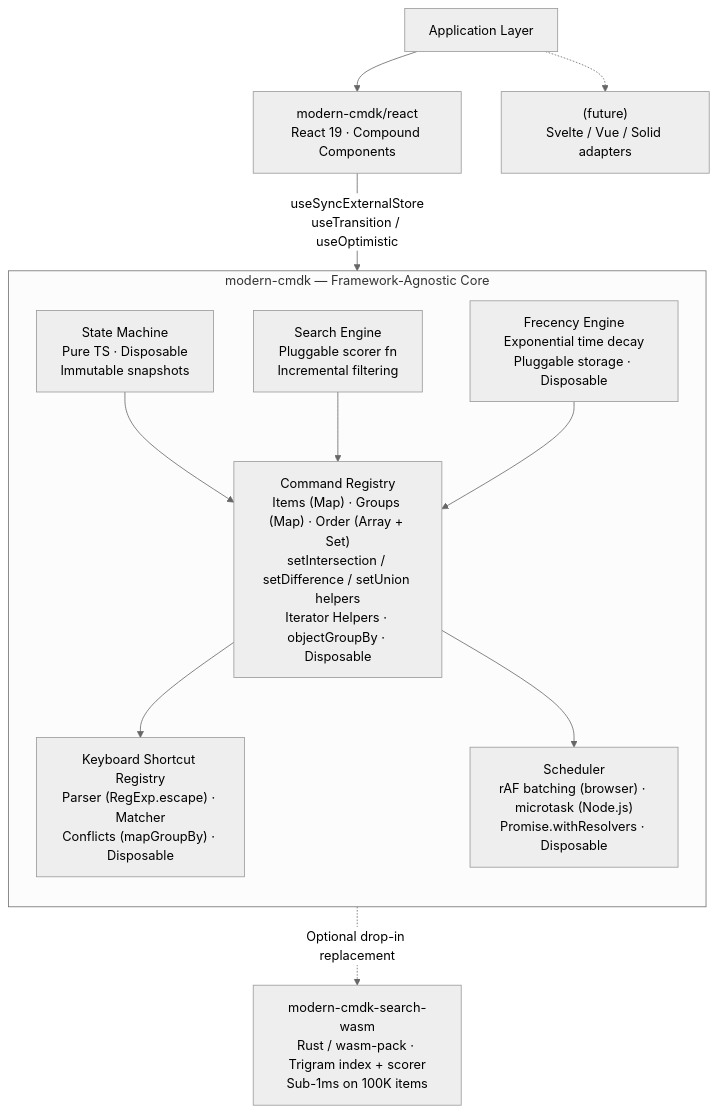
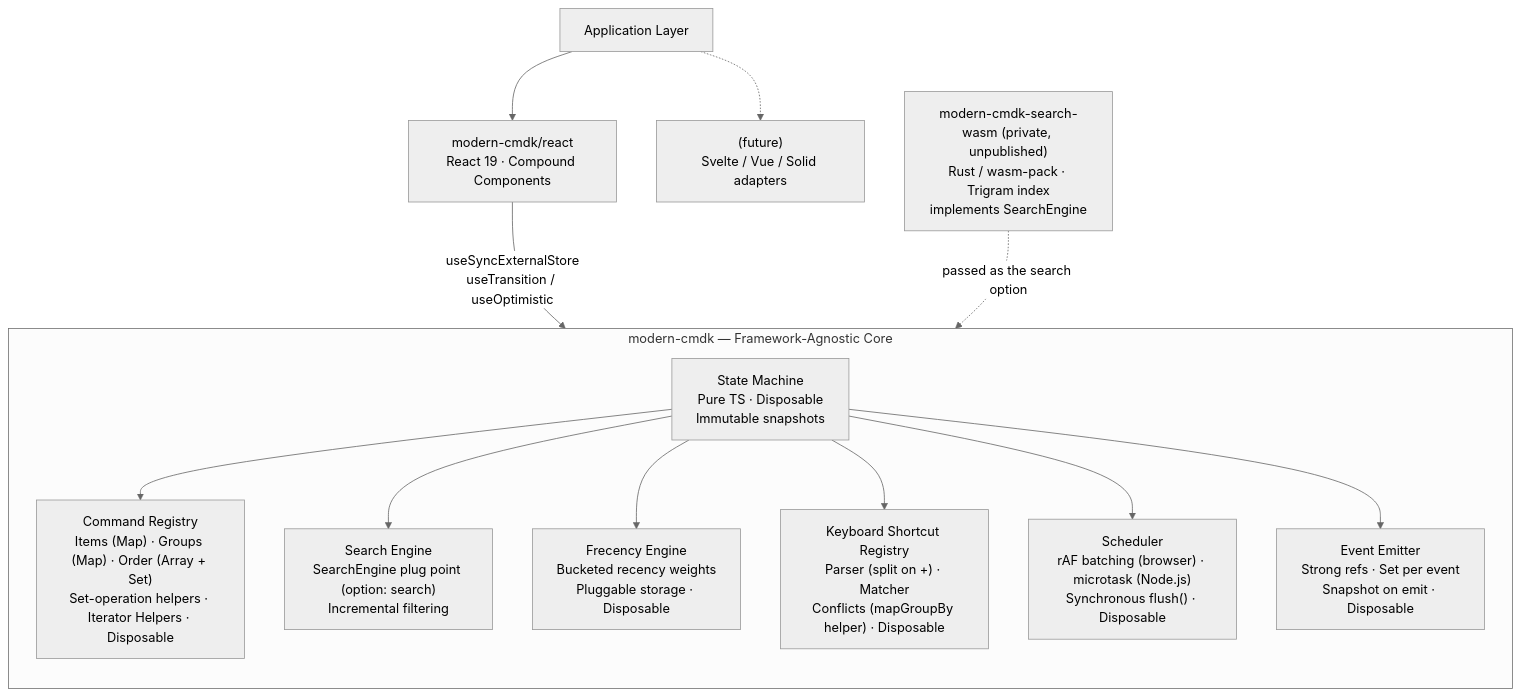
The first of 5 diagrams in ARCHITECTURE.md (ABCrimson/modern-cmdk), drawn with Mermaid (neutral theme) before and after one commit. The commit also changed other lines of this file, not shown here.

First line of the commit message:
docs(architecture): ARCHITECTURE.md describes the code as built

````diff
--- a/ARCHITECTURE.md
+++ b/ARCHITECTURE.md
@@ -43,29 +45,31 @@
 ```mermaid
 flowchart TB
     App["Application Layer"]
 
     React["modern-cmdk/react<br/>React 19 · Compound Components"]
     Future["(future)<br/>Svelte / Vue / Solid adapters"]
 
     subgraph core ["modern-cmdk — Framework-Agnostic Core"]
         direction TB
         SM["State Machine<br/>Pure TS · Disposable<br/>Immutable snapshots"]
-        SE["Search Engine<br/>Pluggable scorer fn<br/>Incremental filtering"]
-        FE["Frecency Engine<br/>Exponential time decay<br/>Pluggable storage · Disposable"]
-        REG["Command Registry<br/>Items (Map) · Groups (Map) · Order (Array + Set)<br/>setIntersection / setDifference / setUnion helpers<br/>Iterator Helpers · objectGroupBy · Disposable"]
-        KB["Keyboard Shortcut Registry<br/>Parser (RegExp.escape) · Matcher<br/>Conflicts (mapGroupBy) · Disposable"]
-        SCH["Scheduler<br/>rAF batching (browser) · microtask (Node.js)<br/>Promise.withResolvers · Disposable"]
+        SE["Search Engine<br/>SearchEngine plug point (option: search)<br/>Incremental filtering"]
+        FE["Frecency Engine<br/>Bucketed recency weights<br/>Pluggable storage · Disposable"]
+        REG["Command Registry<br/>Items (Map) · Groups (Map) · Order (Array + Set)<br/>Set-operation helpers · Iterator Helpers · Disposable"]
+        KB["Keyboard Shortcut Registry<br/>Parser (split on +) · Matcher<br/>Conflicts (mapGroupBy helper) · Disposable"]
+        SCH["Scheduler<br/>rAF batching (browser) · microtask (Node.js)<br/>Synchronous flush() · Disposable"]
+        EM["Event Emitter<br/>Strong refs · Set per event<br/>Snapshot on emit · Disposable"]
         SM --> REG
-        SE --> REG
-        FE --> REG
-        REG --> KB
-        REG --> SCH
+        SM --> SE
+        SM --> FE
+        SM --> KB
+        SM --> SCH
+        SM --> EM
     end
 
-    WASM["modern-cmdk-search-wasm<br/>Rust / wasm-pack · Trigram index + scorer<br/>Sub-1ms on 100K items"]
+    WASM["modern-cmdk-search-wasm (private, unpublished)<br/>Rust / wasm-pack · Trigram index<br/>implements SearchEngine"]
 
     App --> React
     App -.-> Future
     React -->|"useSyncExternalStore<br/>useTransition / useOptimistic"| core
-    core -.->|"Optional drop-in replacement"| WASM
+    WASM -.->|"passed as the search option"| core
 ```
````
